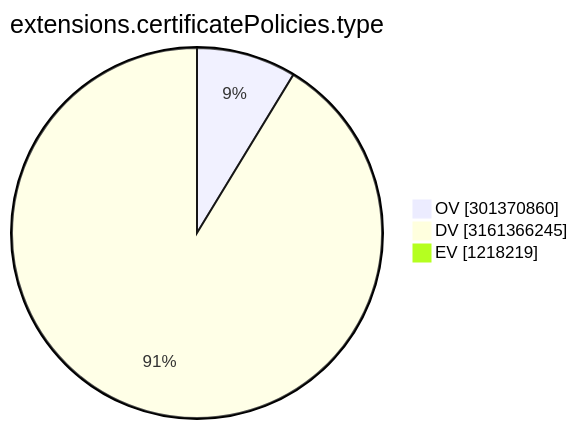
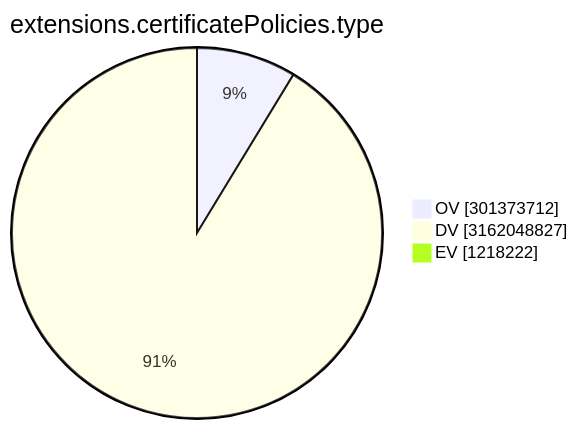
One commit to christiankrug/ctmonitor_visualization changed the ninth of 15 diagrams in TOTAL/README.md. Above: the diagram before and after it, drawn with Mermaid. The commit also changed other lines of this file, not shown here.

````diff
--- a/TOTAL/README.md
+++ b/TOTAL/README.md
@@ -3105,7 +3105,7 @@
 ```mermaid
 pie showData
 title extensions.certificatePolicies.type
-"OV" :301370860
-"DV" :3161366245
-"EV" :1218219
+"OV" :301373712
+"DV" :3162048827
+"EV" :1218222
 ```
````
